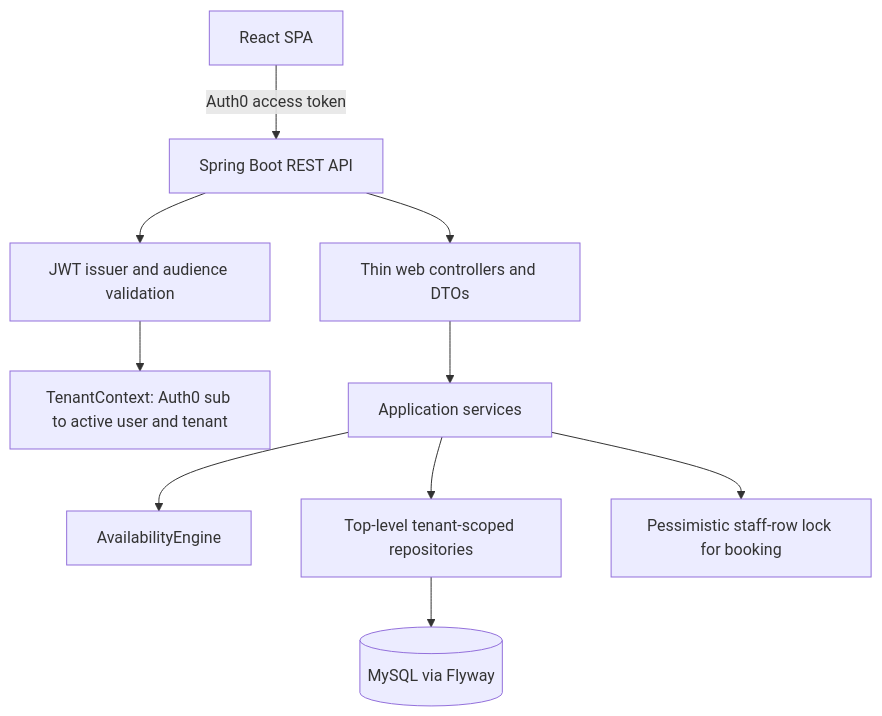
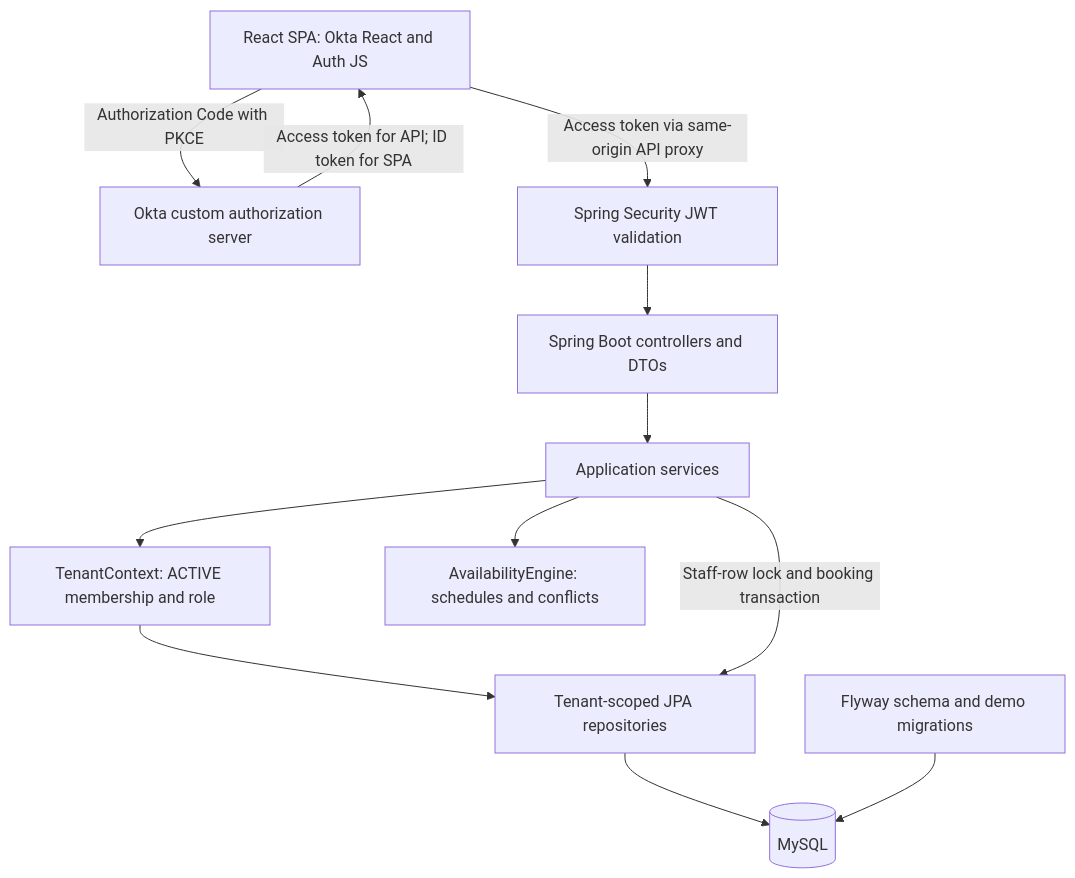
The diagram in backend/ARCHITECTURE.md (Dhinesh-Se/runloyal-booking-platform), drawn with Mermaid before and after one commit. The commit also changed other lines of this file and 119 other files, not shown here.

Commit message:
feat: add architecture diagram to documentation for better clarity

````diff
--- a/backend/ARCHITECTURE.md
+++ b/backend/ARCHITECTURE.md
@@ -3,12 +3,14 @@
 ```mermaid
 flowchart TD
-	Browser[React SPA] -->|Auth0 access token| API[Spring Boot REST API]
-	API --> Security[JWT issuer and audience validation]
-	Security --> Tenant[TenantContext: Auth0 sub to active user and tenant]
-	API --> Controllers[Thin web controllers and DTOs]
-	Controllers --> Services[Application services]
-	Services --> Engine[AvailabilityEngine]
-	Services --> Repositories[Top-level tenant-scoped repositories]
-	Repositories --> Flyway[(MySQL via Flyway)]
-	Services --> Lock[Pessimistic staff-row lock for booking]
+    Browser[React SPA: Okta React and Auth JS] -->|Authorization Code with PKCE| Okta[Okta custom authorization server]
+    Okta -->|Access token for API; ID token for SPA| Browser
+    Browser -->|Access token via same-origin API proxy| Security[Spring Security JWT validation]
+    Security --> Controllers[Spring Boot controllers and DTOs]
+    Controllers --> Services[Application services]
+    Services --> Tenant[TenantContext: ACTIVE membership and role]
+    Tenant --> Repositories[Tenant-scoped JPA repositories]
+    Services --> Engine[AvailabilityEngine: schedules and conflicts]
+    Services -->|Staff-row lock and booking transaction| Repositories
+    Repositories --> DB[(MySQL)]
+    Flyway[Flyway schema and demo migrations] --> DB
 ```
````
